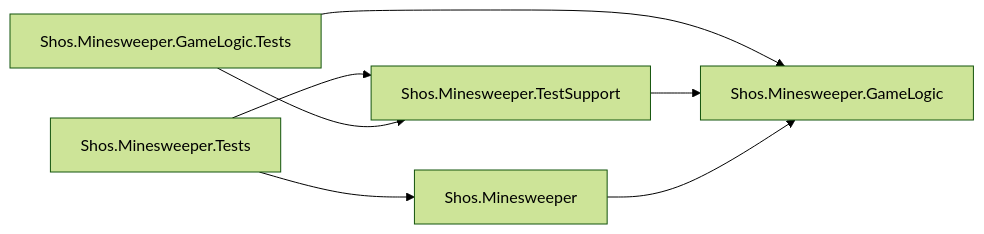
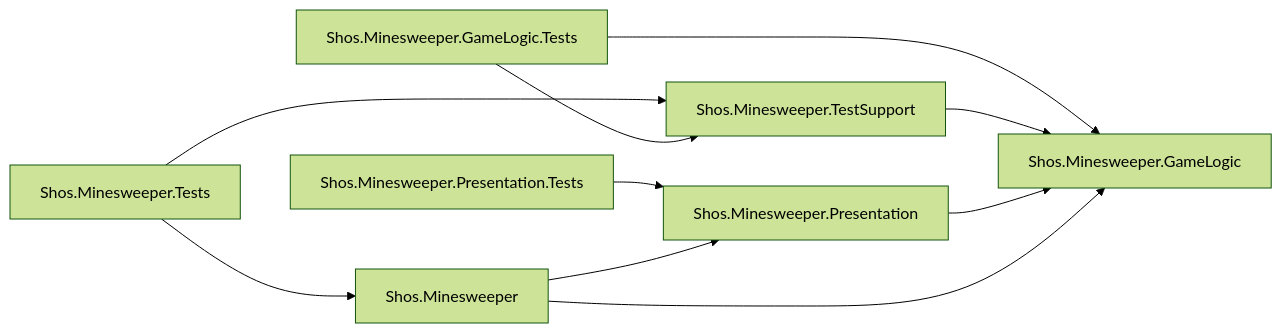
One commit to Fujiwo/Shos.Minesweeper changed the second of 10 diagrams in docs/04-architecture.md. Above: the diagram before and after it, drawn with Mermaid (forest theme). The commit also changed other lines of this file and 26 other files, not shown here.

First line of the commit message:
Refactor architecture and implement BestTimesJson for shared storage format

````diff
--- a/docs/04-architecture.md
+++ b/docs/04-architecture.md
@@ -90,9 +97,12 @@
 ```mermaid
 flowchart LR
     Tests["Shos.Minesweeper.Tests"] --> AppProject["Shos.Minesweeper"]
     Tests --> TestSupport["Shos.Minesweeper.TestSupport"]
     GameLogicTests["Shos.Minesweeper.GameLogic.Tests"] --> GameLogic["Shos.Minesweeper.GameLogic"]
     GameLogicTests --> TestSupport
     TestSupport --> GameLogic
+    PresentationTests["Shos.Minesweeper.Presentation.Tests"] --> Presentation["Shos.Minesweeper.Presentation"]
+    AppProject --> Presentation
+    Presentation --> GameLogic
     AppProject --> GameLogic
 ```
````
